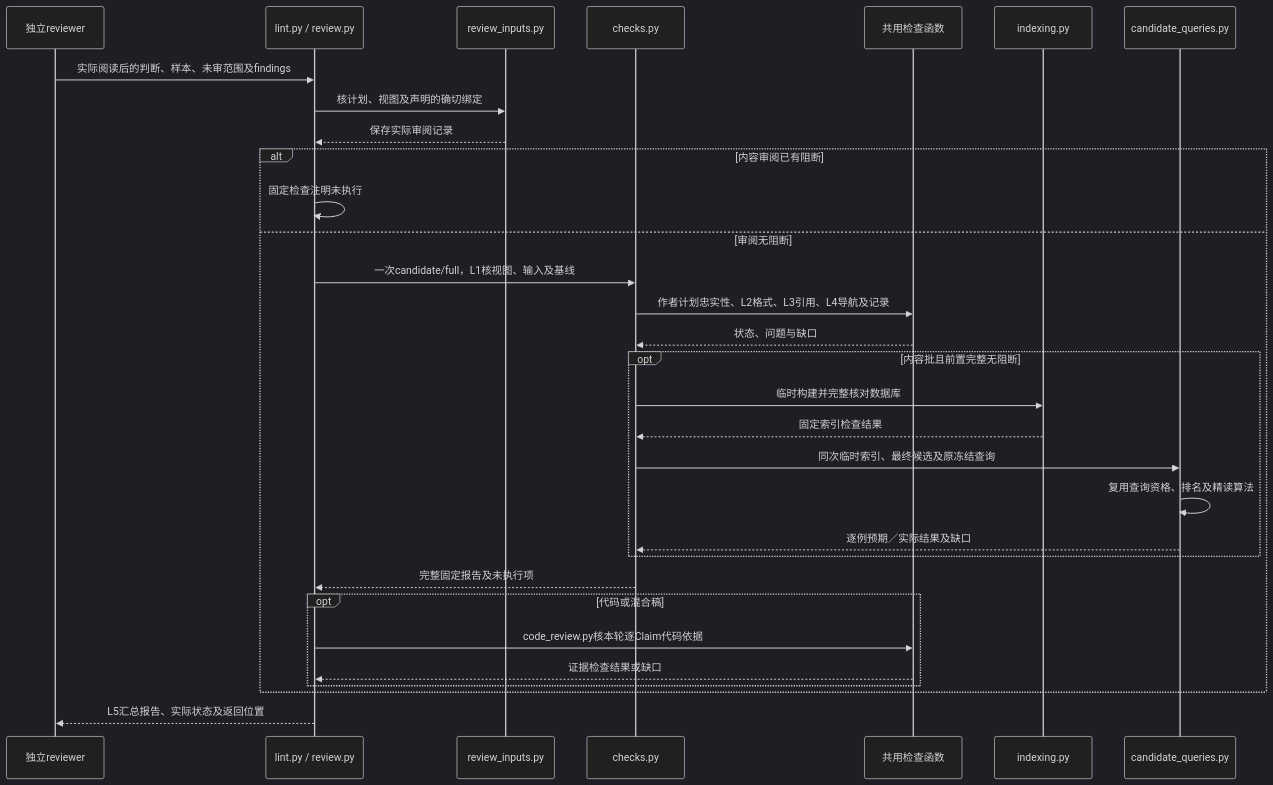
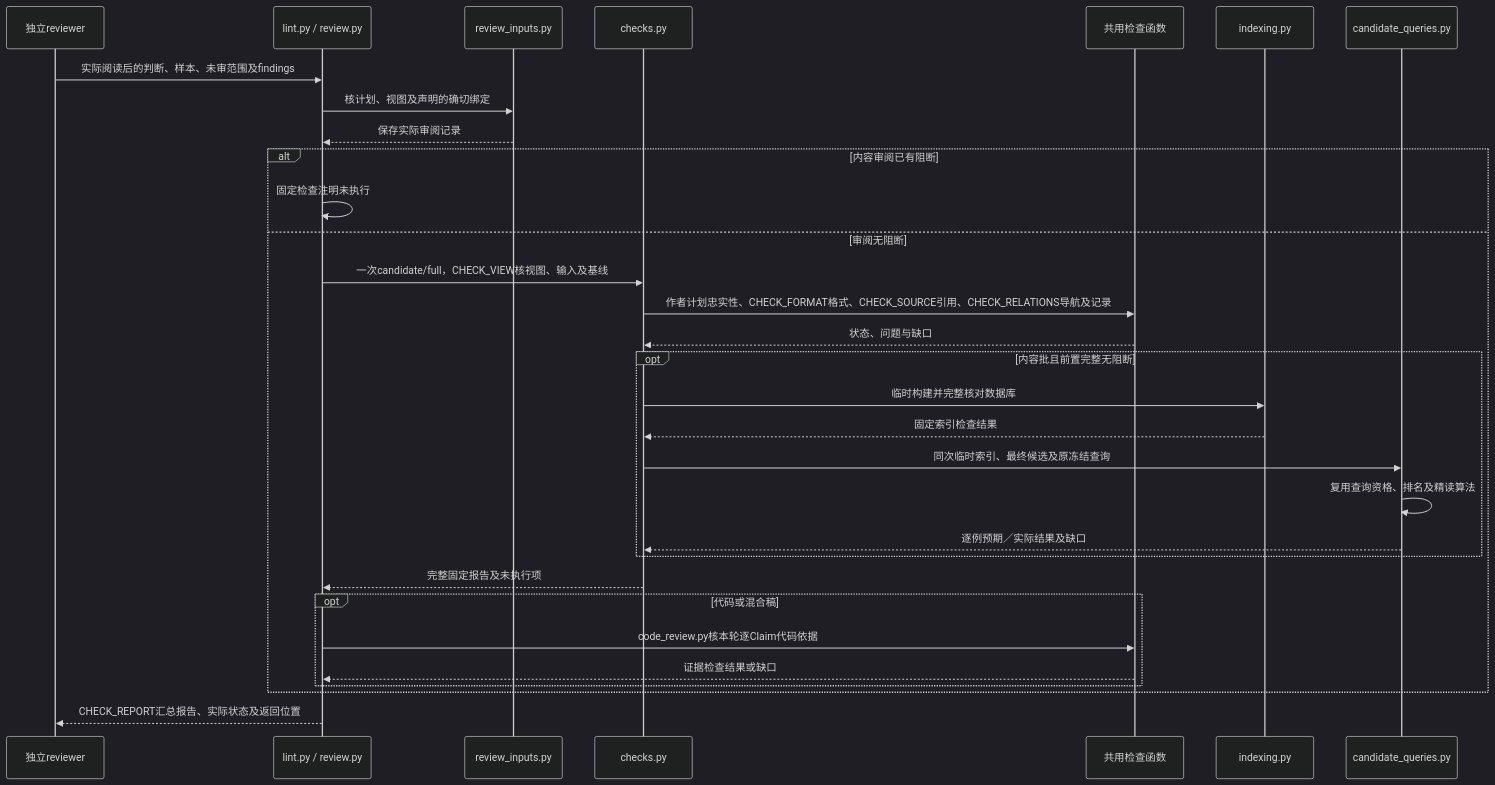
One commit to Robin-hhc/FactumCore changed diagram 16 of 27 in himate/himate-knowledge-wifi-mp/docs-llm-wiki/知识库详细设计.md. Above: the diagram before and after it, drawn with Mermaid (dark theme). The commit also changed other lines of this file and 190 other files, not shown here.

````diff
--- a/himate/himate-knowledge-wifi-mp/docs-llm-wiki/知识库详细设计.md
+++ b/himate/himate-knowledge-wifi-mp/docs-llm-wiki/知识库详细设计.md
@@ -633,33 +639,33 @@
 ```mermaid
 sequenceDiagram
     participant A as 独立reviewer
     participant L as lint.py / review.py
     participant R as review_inputs.py
     participant C as checks.py
     participant F as 共用检查函数
     participant I as indexing.py
     participant Q as candidate_queries.py
     A->>L: 实际阅读后的判断、样本、未审范围及findings
     L->>R: 核计划、视图及声明的确切绑定
     R-->>L: 保存实际审阅记录
     alt 内容审阅已有阻断
         L->>L: 固定检查注明未执行
     else 审阅无阻断
-        L->>C: 一次candidate/full，L1核视图、输入及基线
-        C->>F: 作者计划忠实性、L2格式、L3引用、L4导航及记录
+        L->>C: 一次candidate/full，CHECK_VIEW核视图、输入及基线
+        C->>F: 作者计划忠实性、CHECK_FORMAT格式、CHECK_SOURCE引用、CHECK_RELATIONS导航及记录
         F-->>C: 状态、问题与缺口
         opt 内容批且前置完整无阻断
             C->>I: 临时构建并完整核对数据库
             I-->>C: 固定索引检查结果
             C->>Q: 同次临时索引、最终候选及原冻结查询
             Q->>Q: 复用查询资格、排名及精读算法
             Q-->>C: 逐例预期／实际结果及缺口
         end
         C-->>L: 完整固定报告及未执行项
         opt 代码或混合稿
             L->>F: code_review.py核本轮逐Claim代码依据
             F-->>L: 证据检查结果或缺口
         end
     end
-    L-->>A: L5汇总报告、实际状态及返回位置
+    L-->>A: CHECK_REPORT汇总报告、实际状态及返回位置
 ```
````
